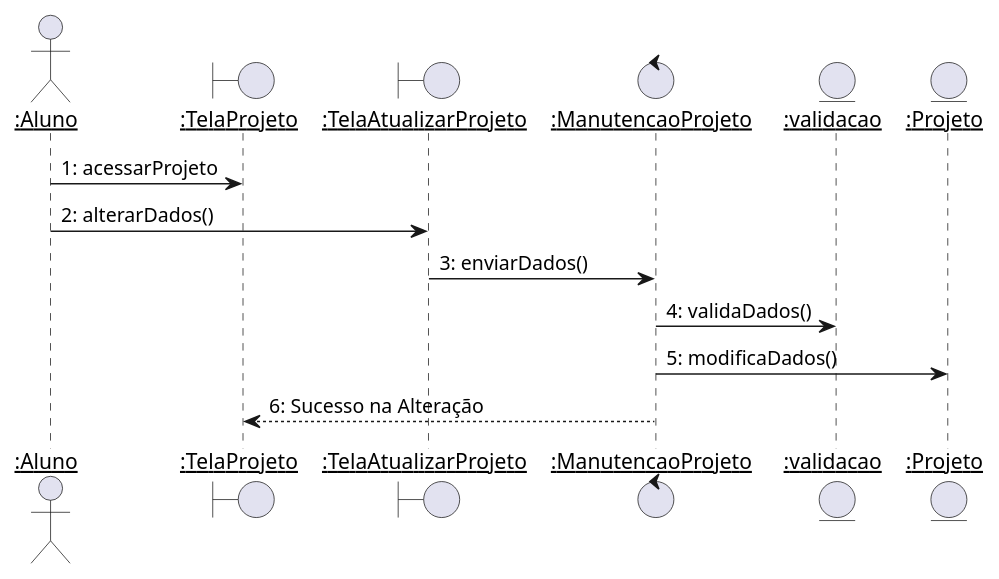
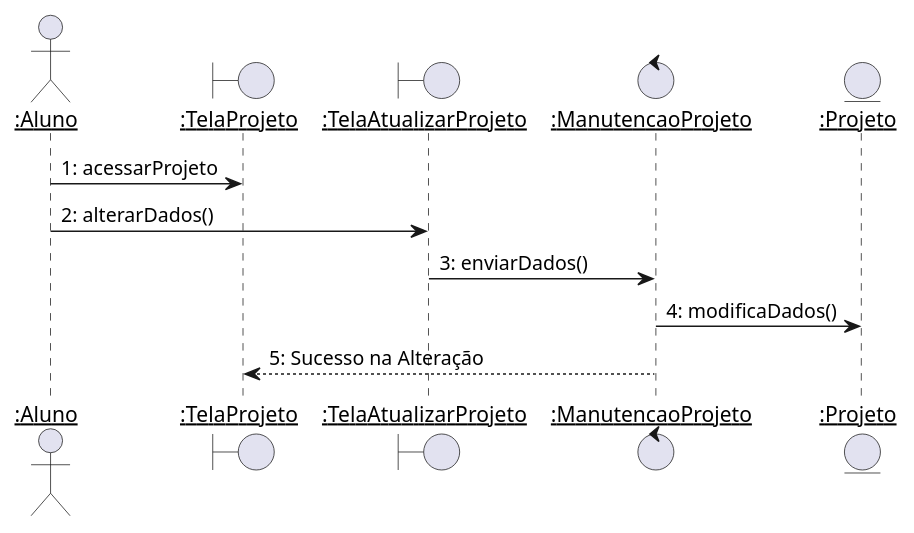
Before and after one commit to Pedro-V/projetorium: the diagram in diagramas/sequencia/alterar_projeto.puml, drawn with PlantUML. The commit also changed 10 other files, not shown here.

Commit message:
Diagramas de sequencia revisados

```diff
--- a/diagramas/sequencia/alterar_projeto.puml
+++ b/diagramas/sequencia/alterar_projeto.puml
@@ -1,20 +1,18 @@
 @startuml alterar_projeto
 skinparam sequenceParticipant underline
 
 actor ":Aluno" as Aluno
 boundary ":TelaProjeto" as TelaProjeto
 boundary ":TelaAtualizarProjeto" as TelaAtualizarProjeto
 control ":ManutencaoProjeto" as ManutencaoProjeto
-entity ":validacao" as validacao
 entity ":Projeto" as Projeto
 
 
 Aluno -> TelaProjeto : 1: acessarProjeto
 Aluno -> TelaAtualizarProjeto : 2: alterarDados()
 
 TelaAtualizarProjeto -> ManutencaoProjeto : 3: enviarDados()
-ManutencaoProjeto -> validacao: 4: validaDados()
-ManutencaoProjeto -> Projeto : 5: modificaDados()
-ManutencaoProjeto --> TelaProjeto: 6: Sucesso na Alteração
+ManutencaoProjeto -> Projeto : 4: modificaDados()
+ManutencaoProjeto --> TelaProjeto: 5: Sucesso na Alteração
 
 @enduml
```
